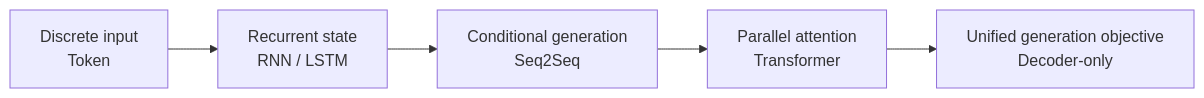
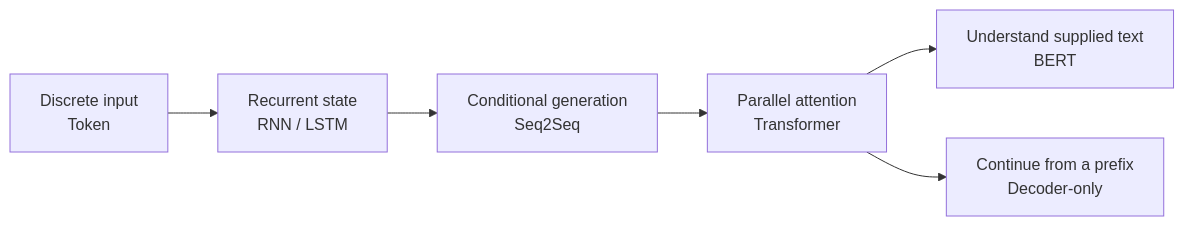
Before and after one commit to tianyi-zhang-02/cooking-agi: the diagram in 00-foundations/core/README.en.md, drawn with Mermaid. The commit also changed other lines of this file and 200 other files, not shown here.

First line of the commit message:
Consolidate bilingual reading flow and worked learning examples

````diff
--- a/00-foundations/core/README.en.md
+++ b/00-foundations/core/README.en.md
@@ -15,7 +15,8 @@
 ```mermaid
 flowchart LR
     A["Discrete input<br/>Token"] --> B["Recurrent state<br/>RNN / LSTM"]
     B --> C["Conditional generation<br/>Seq2Seq"]
     C --> D["Parallel attention<br/>Transformer"]
-    D --> E["Unified generation objective<br/>Decoder-only"]
+    D --> E["Understand supplied text<br/>BERT"]
+    D --> F["Continue from a prefix<br/>Decoder-only"]
 ```
````
